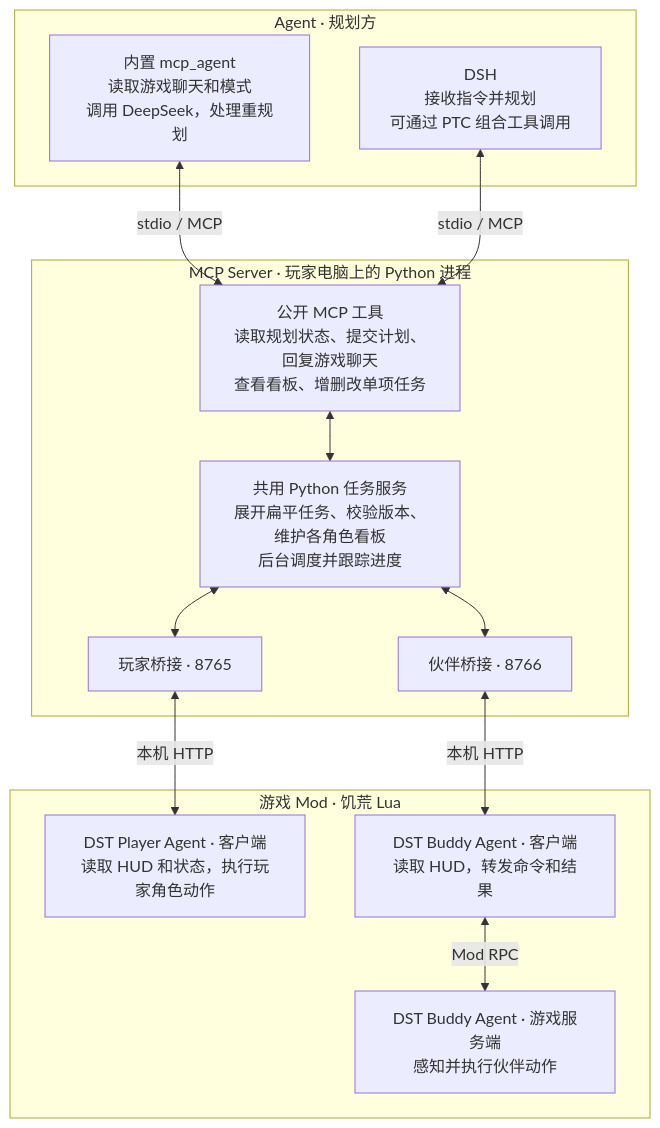
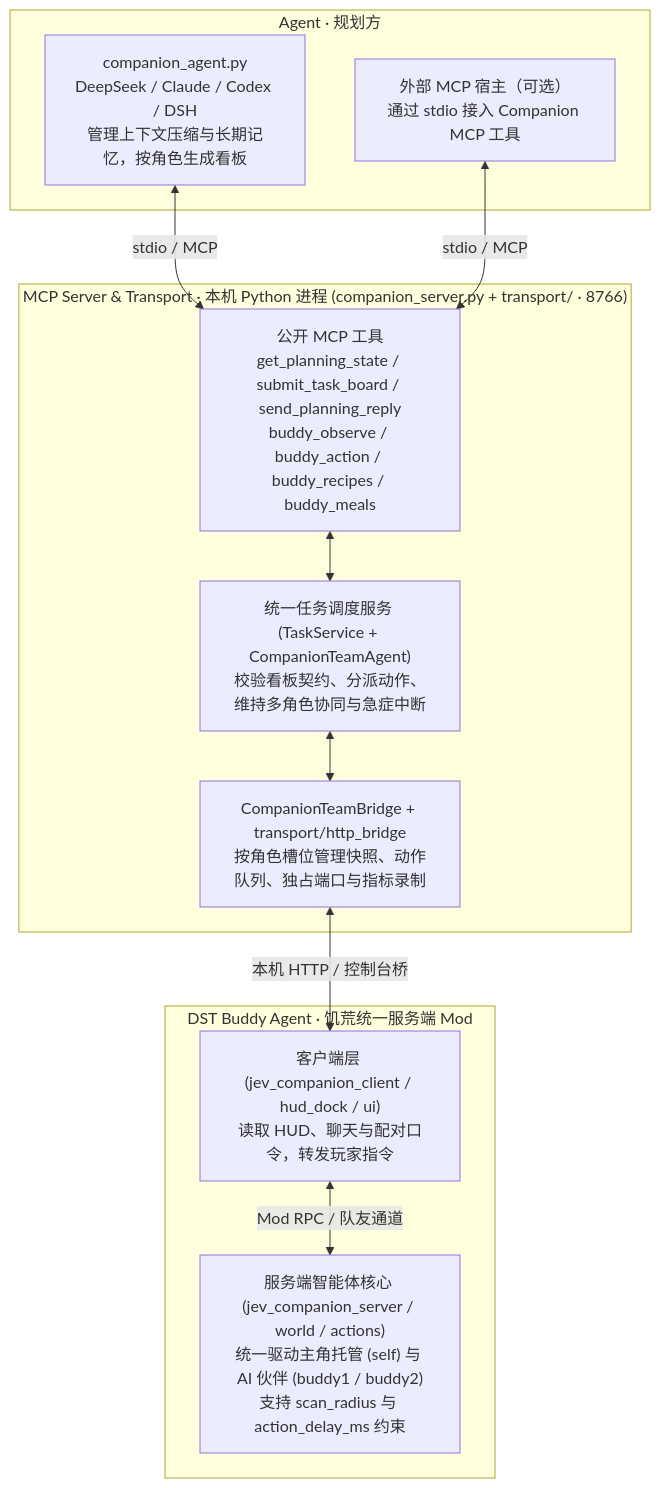
Before and after one commit to wjc1207/DST-Hierarchical-Agent: the diagram in docs/ARCHITECTURE.md, drawn with Mermaid. The commit also changed other lines of this file and 184 other files, not shown here.

````diff
--- a/docs/ARCHITECTURE.md
+++ b/docs/ARCHITECTURE.md
@@ -3,29 +3,25 @@
 ```mermaid
 flowchart TB
     subgraph A["Agent · 规划方"]
-        I["内置 mcp_agent<br/>读取游戏聊天和模式<br/>调用 DeepSeek，处理重规划"]
-        D["DSH<br/>接收指令并规划<br/>可通过 PTC 组合工具调用"]
+        I["companion_agent.py<br/>DeepSeek / Claude / Codex / DSH<br/>管理上下文压缩与长期记忆，按角色生成看板"]
+        D["外部 MCP 宿主（可选）<br/>通过 stdio 接入 Companion MCP 工具"]
     end
 
-    subgraph M["MCP Server · 玩家电脑上的 Python 进程"]
-        T["公开 MCP 工具<br/>读取规划状态、提交计划、回复游戏聊天<br/>查看看板、增删改单项任务"]
-        S["共用 Python 任务服务<br/>展开扁平任务、校验版本、维护各角色看板<br/>后台调度并跟踪进度"]
-        P["玩家桥接 · 8765"]
-        B["伙伴桥接 · 8766"]
+    subgraph M["MCP Server & Transport · 本机 Python 进程 (companion_server.py + transport/ · 8766)"]
+        T["公开 MCP 工具<br/>get_planning_state / submit_task_board / send_planning_reply<br/>buddy_observe / buddy_action / buddy_recipes / buddy_meals"]
+        S["统一任务调度服务 (TaskService + CompanionTeamAgent)<br/>校验看板契约、分派动作、维持多角色协同与急症中断"]
+        B["CompanionTeamBridge + transport/http_bridge<br/>按角色槽位管理快照、动作队列、独占端口与指标录制"]
         T <--> S
-        S <--> P
         S <--> B
     end
 
-    subgraph G["游戏 Mod · 饥荒 Lua"]
-        PL["DST Player Agent · 客户端<br/>读取 HUD 和状态，执行玩家角色动作"]
-        BC["DST Buddy Agent · 客户端<br/>读取 HUD，转发命令和结果"]
-        BS["DST Buddy Agent · 游戏服务端<br/>感知并执行伙伴动作"]
-        BC <-->|Mod RPC| BS
+    subgraph G["DST Buddy Agent · 饥荒统一服务端 Mod"]
+        BC["客户端层 (jev_companion_client / hud_dock / ui)<br/>读取 HUD、聊天与配对口令，转发玩家指令"]
+        BS["服务端智能体核心 (jev_companion_server / world / actions)<br/>统一驱动主角托管 (self) 与 AI 伙伴 (buddy1 / buddy2)<br/>支持 scan_radius 与 action_delay_ms 约束"]
+        BC <-->|"Mod RPC / 队友通道"| BS
     end
 
     I <-->|"stdio / MCP"| T
     D <-->|"stdio / MCP"| T
-    P <-->|"本机 HTTP"| PL
-    B <-->|"本机 HTTP"| BC
+    B <-->|"本机 HTTP / 控制台桥"| BC
 ```
````
